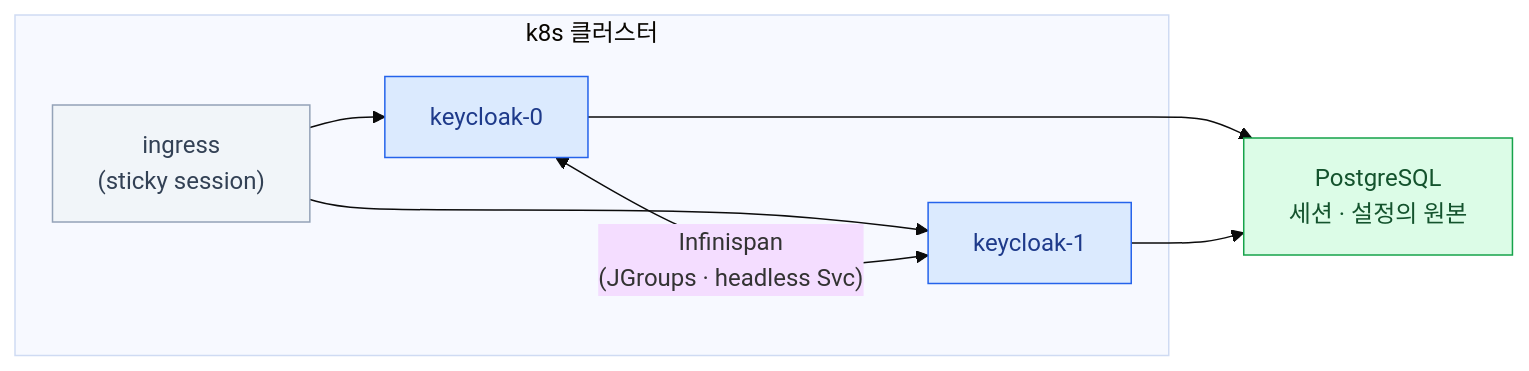
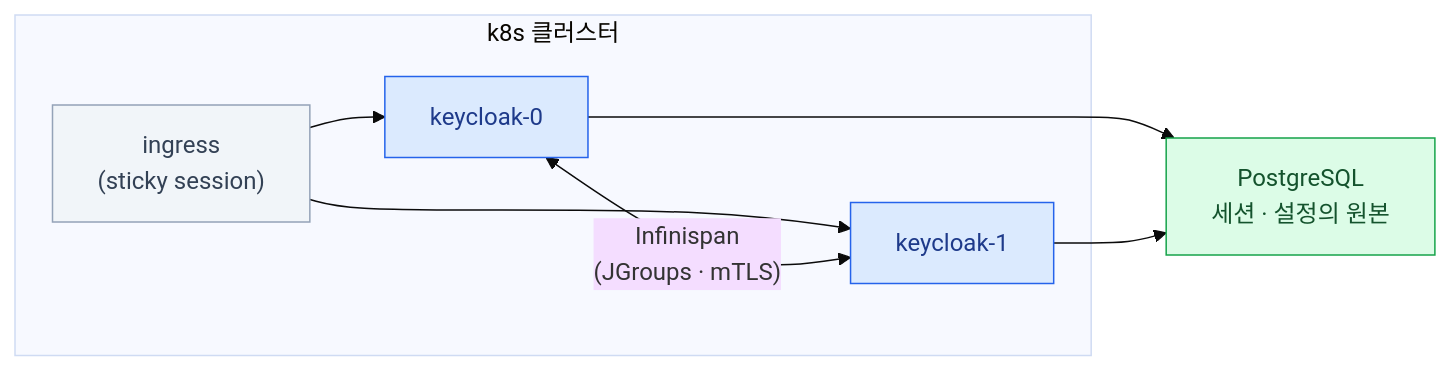
One commit to mechurak/study-starlight changed the diagram in src/content/docs/keycloak/08-deploy.mdx. Above: the diagram before and after it, drawn with Mermaid (base theme). The commit also changed other lines of this file and 16 other files, not shown here.

````diff
--- a/src/content/docs/keycloak/08-deploy.mdx
+++ b/src/content/docs/keycloak/08-deploy.mdx
@@ -115,21 +117,21 @@
 ```mermaid
 flowchart LR
     subgraph K8S["k8s 클러스터"]
         I["ingress<br/>(sticky session)"]
         K1["keycloak-0"]
         K2["keycloak-1"]
         I --> K1
         I --> K2
-        K1 <-->|"Infinispan<br/>(JGroups · headless Svc)"| K2
+        K1 <-->|"Infinispan<br/>(JGroups · mTLS)"| K2
     end
     DB["PostgreSQL<br/>세션 · 설정의 원본"]
     K1 --> DB
     K2 --> DB
 
     classDef key  fill:#dbeafe,stroke:#2563eb,color:#1e3a8a
     classDef ok   fill:#dcfce7,stroke:#16a34a,color:#14532d
     classDef mute fill:#f1f5f9,stroke:#94a3b8,color:#334155
     class K1,K2 key
     class DB ok
     class I mute
 ```
````
